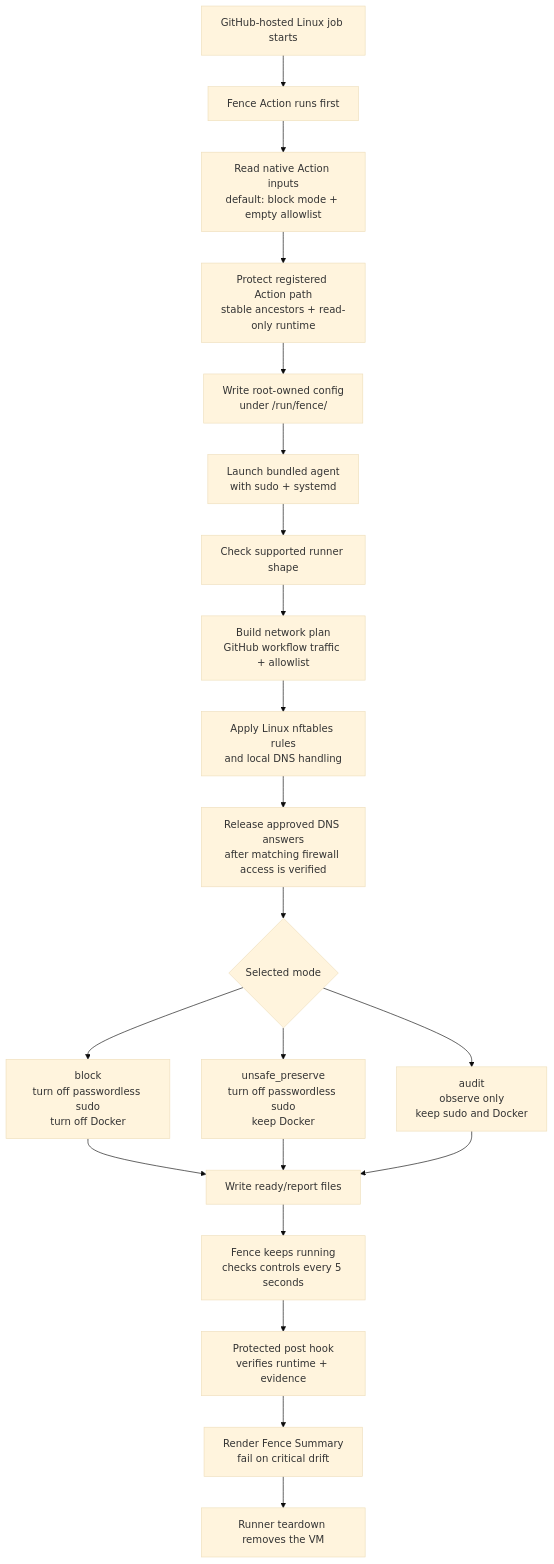
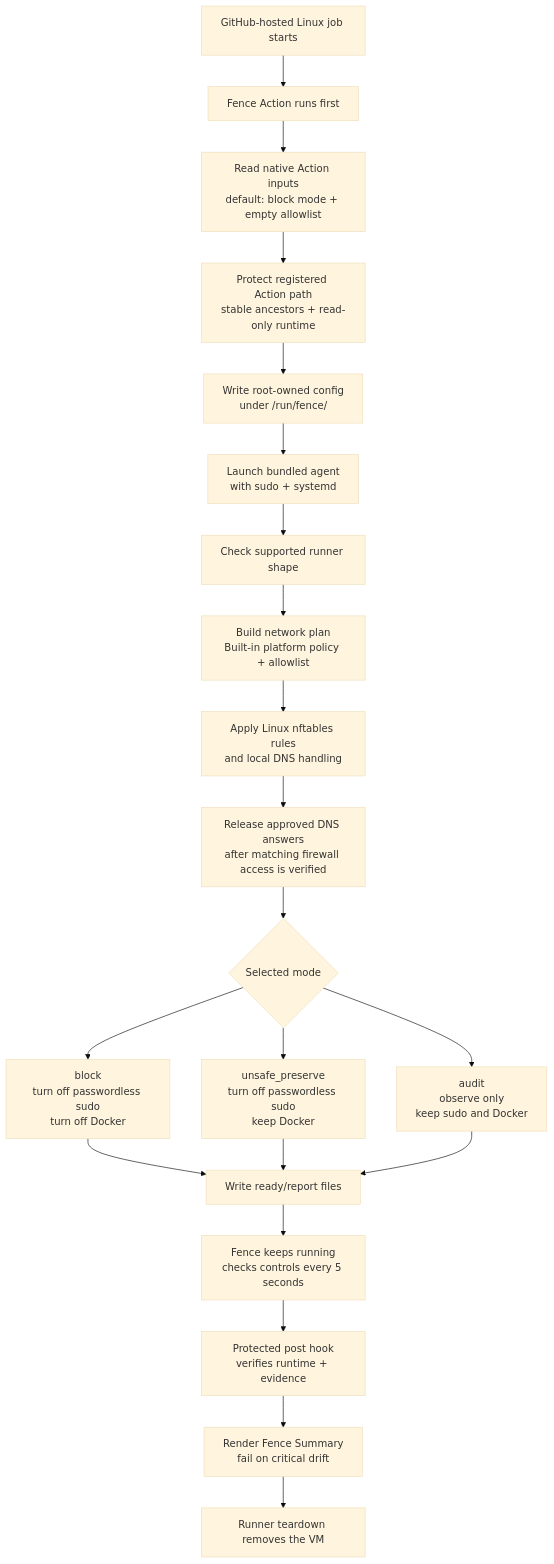
The diagram in docs/how-it-works.md (openai/fence), drawn with Mermaid (base theme) before and after one commit. The commit also changed 7 other files, not shown here.

````diff
--- a/docs/how-it-works.md
+++ b/docs/how-it-works.md
@@ -18,27 +18,27 @@
 ```mermaid
 flowchart TD
     start["GitHub-hosted Linux job starts"] --> action["Fence Action runs first"]
     action --> input["Read native Action inputs<br/>default: block mode + empty allowlist"]
     input --> protect["Protect registered Action path<br/>stable ancestors + read-only runtime"]
     protect --> config["Write root-owned config<br/>under /run/fence/"]
     config --> launch["Launch bundled agent<br/>with sudo + systemd"]
 
     launch --> support["Check supported runner shape"]
-    support --> plan["Build network plan<br/>GitHub workflow traffic + allowlist"]
+    support --> plan["Build network plan<br/>Built-in platform policy + allowlist"]
     plan --> network["Apply Linux nftables rules<br/>and local DNS handling"]
     network --> gate["Release approved DNS answers<br/>after matching firewall access is verified"]
 
     gate --> mode{"Selected mode"}
     mode --> block["block<br/>turn off passwordless sudo<br/>turn off Docker"]
     mode --> degraded["unsafe_preserve<br/>turn off passwordless sudo<br/>keep Docker"]
     mode --> audit["audit<br/>observe only<br/>keep sudo and Docker"]
 
     block --> ready["Write ready/report files"]
     degraded --> ready
     audit --> ready
 
     ready --> resident["Fence keeps running<br/>checks controls every 5 seconds"]
     resident --> post["Protected post hook<br/>verifies runtime + evidence"]
     post --> summary["Render Fence Summary<br/>fail on critical drift"]
     summary --> teardown["Runner teardown removes the VM"]
 ```
````
